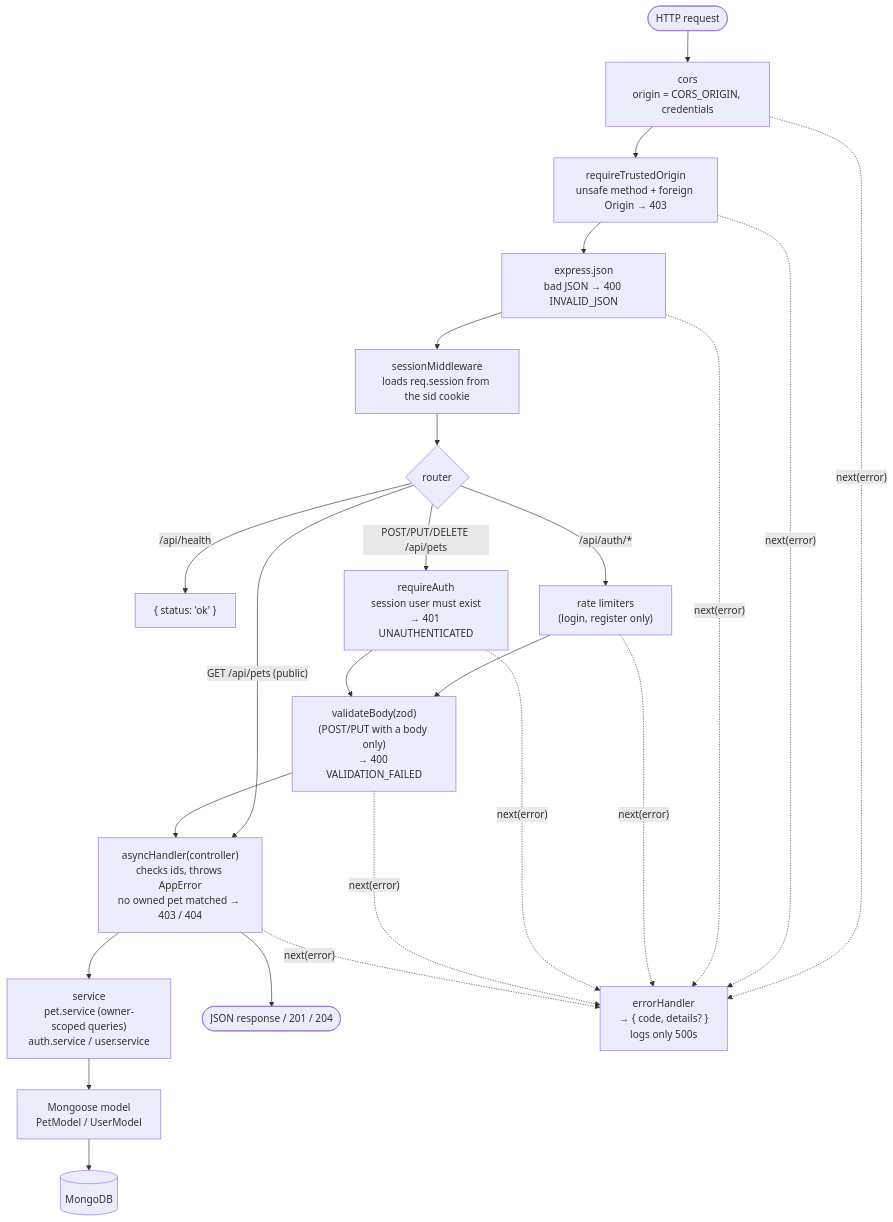
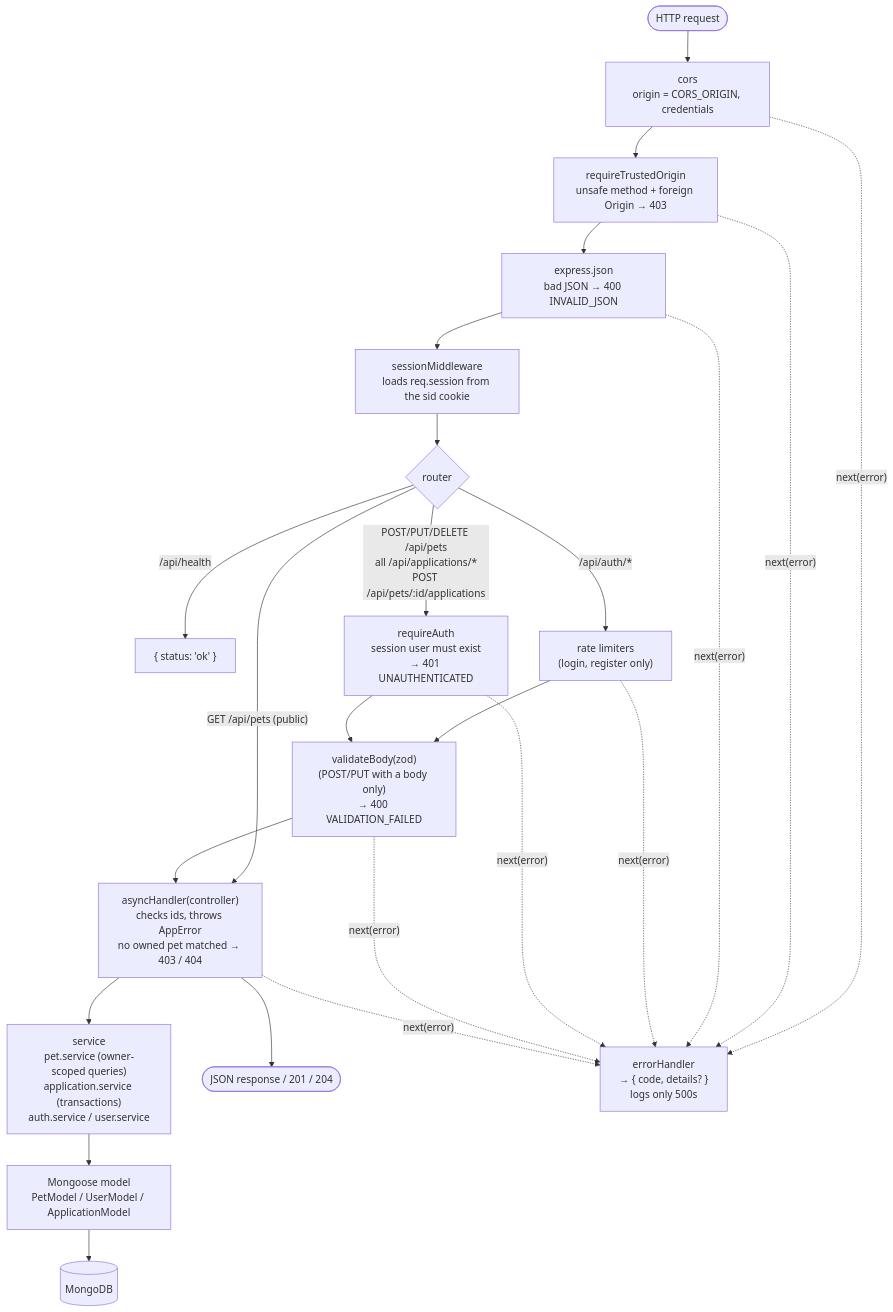
Before and after one commit to BojanSovtic/pet-adoption-system: the third of 9 diagrams in docs/architecture.md, drawn with Mermaid. The commit also changed other lines of this file and 47 other files, not shown here.

First line of the commit message:
feat: add adoption applications with state machines and transactions

````diff
--- a/docs/architecture.md
+++ b/docs/architecture.md
@@ -80,23 +83,23 @@
 ```mermaid
 flowchart TB
   req(["HTTP request"]) --> cors["cors<br/>origin = CORS_ORIGIN, credentials"]
   cors --> origin["requireTrustedOrigin<br/>unsafe method + foreign Origin → 403"]
   origin --> json["express.json<br/>bad JSON → 400 INVALID_JSON"]
   json --> session["sessionMiddleware<br/>loads req.session from the sid cookie"]
   session --> router{"router"}
 
   router -- "/api/health" --> health["{ status: 'ok' }"]
   router -- "/api/auth/*" --> rate["rate limiters<br/>(login, register only)"]
-  router -- "POST/PUT/DELETE /api/pets" --> auth["requireAuth<br/>session user must exist<br/>→ 401 UNAUTHENTICATED"]
+  router -- "POST/PUT/DELETE /api/pets<br/>all /api/applications/*<br/>POST /api/pets/:id/applications" --> auth["requireAuth<br/>session user must exist<br/>→ 401 UNAUTHENTICATED"]
   router -- "GET /api/pets (public)" --> controller
 
   rate --> validate["validateBody(zod)<br/>(POST/PUT with a body only)<br/>→ 400 VALIDATION_FAILED"]
   auth --> validate
   validate --> controller["asyncHandler(controller)<br/>checks ids, throws AppError<br/>no owned pet matched → 403 / 404"]
-  controller --> service["service<br/>pet.service (owner-scoped queries)<br/>auth.service / user.service"]
-  service --> model["Mongoose model<br/>PetModel / UserModel"]
+  controller --> service["service<br/>pet.service (owner-scoped queries)<br/>application.service (transactions)<br/>auth.service / user.service"]
+  service --> model["Mongoose model<br/>PetModel / UserModel / ApplicationModel"]
   model --> db[("MongoDB")]
   controller --> ok(["JSON response / 201 / 204"])
 
   cors & origin & json & rate & auth & validate & controller -. "next(error)" .-> handler["errorHandler<br/>→ { code, details? }<br/>logs only 500s"]
 ```
````
